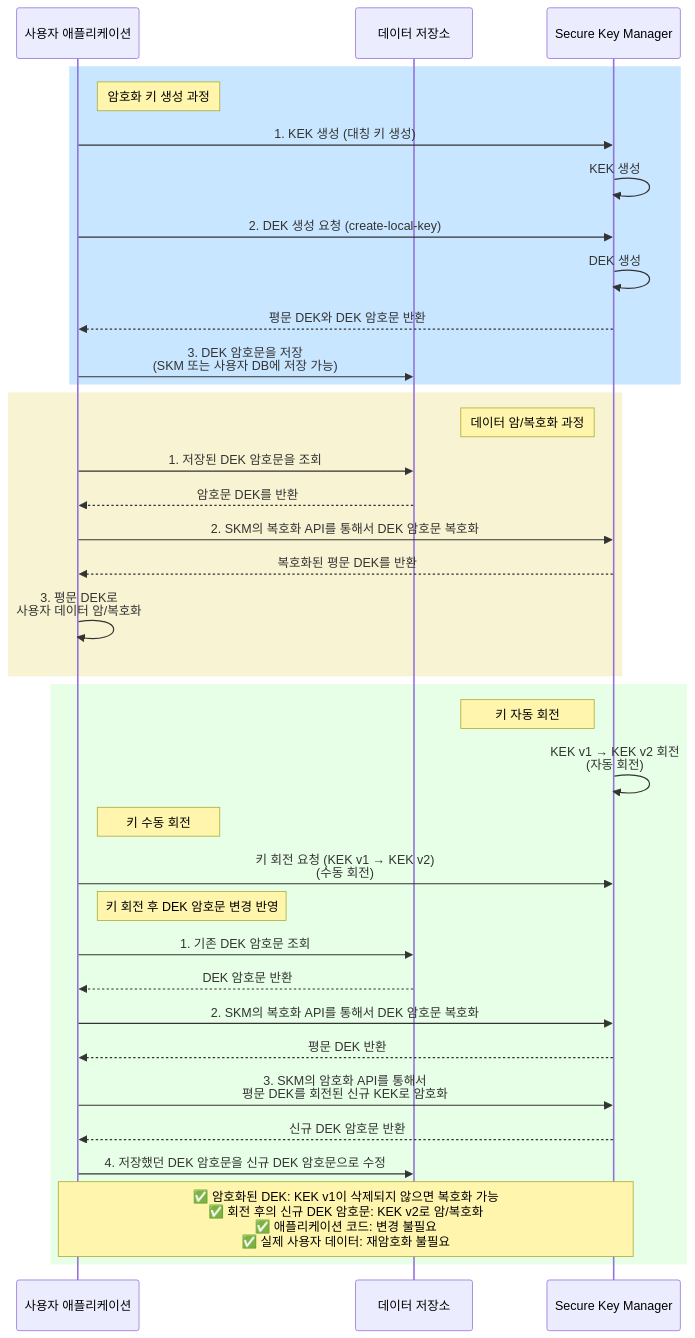
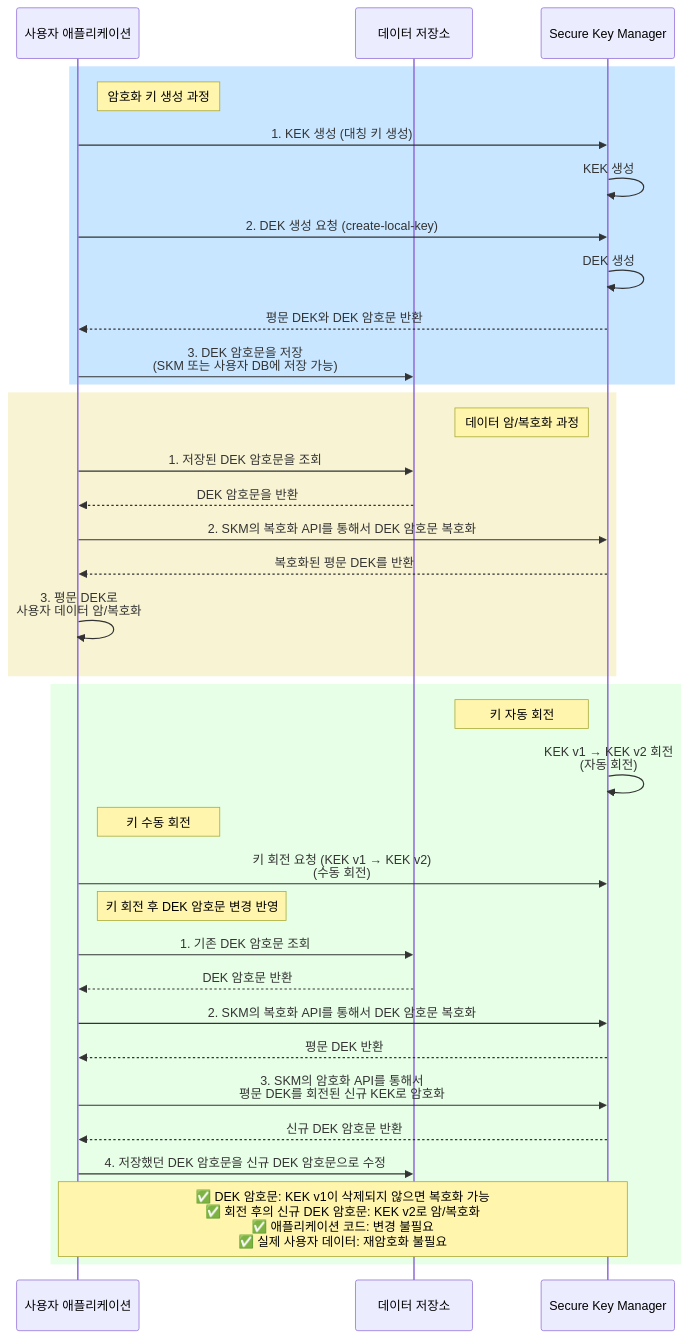
One commit to TOAST-DOCS/kms changed the diagram in ko/key-rotation-guide.md. Above: the diagram before and after it, drawn with Mermaid. The commit also changed other lines of this file, not shown here.

````diff
--- a/ko/key-rotation-guide.md
+++ b/ko/key-rotation-guide.md
@@ -114,47 +114,47 @@
 ```mermaid
 sequenceDiagram
     participant App as 사용자 애플리케이션
     participant DB as 데이터 저장소
     participant SKM as Secure Key Manager
 
     rect rgb(200, 230, 255)
     note right of App: 암호화 키 생성 과정
 
     App->>SKM: 1. KEK 생성 (대칭 키 생성)
     SKM->>SKM: KEK 생성
     App->>SKM: 2. DEK 생성 요청 (create-local-key)
     SKM->>SKM: DEK 생성
     SKM-->>App: 평문 DEK와 DEK 암호문 반환
     App->>DB: 3. DEK 암호문을 저장<br/>(SKM 또는 사용자 DB에 저장 가능)
     end
 
     rect rgb(248, 244, 211)
     note left of SKM: 데이터 암/복호화 과정
 
     App->>DB: 1. 저장된 DEK 암호문을 조회
-    DB-->>App: 암호문 DEK를 반환
+    DB-->>App: DEK 암호문을 반환
     App->>SKM: 2. SKM의 복호화 API를 통해서 DEK 암호문 복호화
     SKM-->>App: 복호화된 평문 DEK를 반환
     App->>App: 3. 평문 DEK로<br/>사용자 데이터 암/복호화
     end
 
     rect rgb(230, 255, 230)
     note left of SKM: 키 자동 회전
     SKM->>SKM: KEK v1 → KEK v2 회전<br/>(자동 회전)
 
     note right of App: 키 수동 회전
     App->>SKM: 키 회전 요청 (KEK v1 → KEK v2)<br/>(수동 회전)
 
     note right of App: 키 회전 후 DEK 암호문 변경 반영
     App->>DB: 1. 기존 DEK 암호문 조회
     DB-->>App: DEK 암호문 반환
     App->>SKM: 2. SKM의 복호화 API를 통해서 DEK 암호문 복호화
     SKM-->>App: 평문 DEK 반환
     App->>SKM: 3. SKM의 암호화 API를 통해서<br/>평문 DEK를 회전된 신규 KEK로 암호화
     SKM-->>App: 신규 DEK 암호문 반환
     App->>DB: 4. 저장했던 DEK 암호문을 신규 DEK 암호문으로 수정
 
-    note over App, SKM: ✅ 암호화된 DEK: KEK v1이 삭제되지 않으면 복호화 가능<br/>✅ 회전 후의 신규 DEK 암호문: KEK v2로 암/복호화<br/>✅ 애플리케이션 코드: 변경 불필요<br/>✅ 실제 사용자 데이터: 재암호화 불필요
+    note over App, SKM: ✅ DEK 암호문: KEK v1이 삭제되지 않으면 복호화 가능<br/>✅ 회전 후의 신규 DEK 암호문: KEK v2로 암/복호화<br/>✅ 애플리케이션 코드: 변경 불필요<br/>✅ 실제 사용자 데이터: 재암호화 불필요
 
     end
 ```
````
